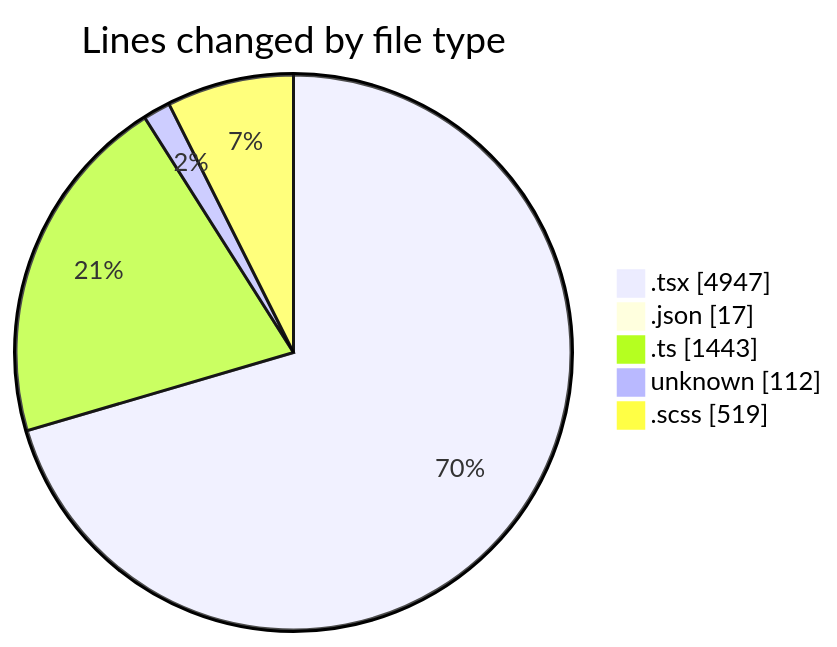
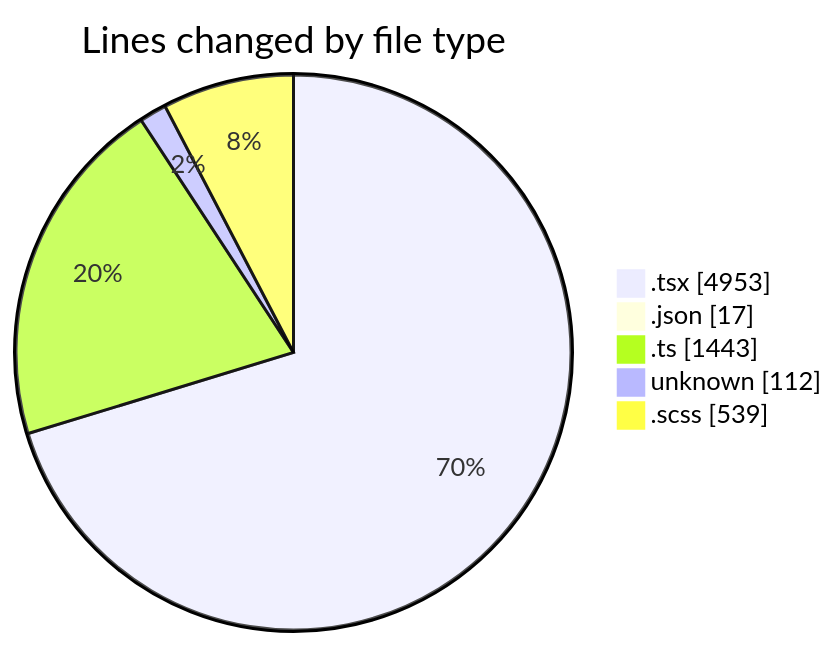
One commit to momahboobian/code-tracking changed the first of 2 diagrams in 2026-04-30/cda/README.md. Above: the diagram before and after it, drawn with Mermaid. The commit also changed other lines of this file and 1 other file, not shown here.

````diff
--- a/2026-04-30/cda/README.md
+++ b/2026-04-30/cda/README.md
@@ -69,9 +69,9 @@
 ```mermaid
 pie showData
 title Lines changed by file type
-".tsx" : 4947
+".tsx" : 4953
 ".json" : 17
 ".ts" : 1443
 "unknown" : 112
-".scss" : 519
+".scss" : 539
 ```
````
